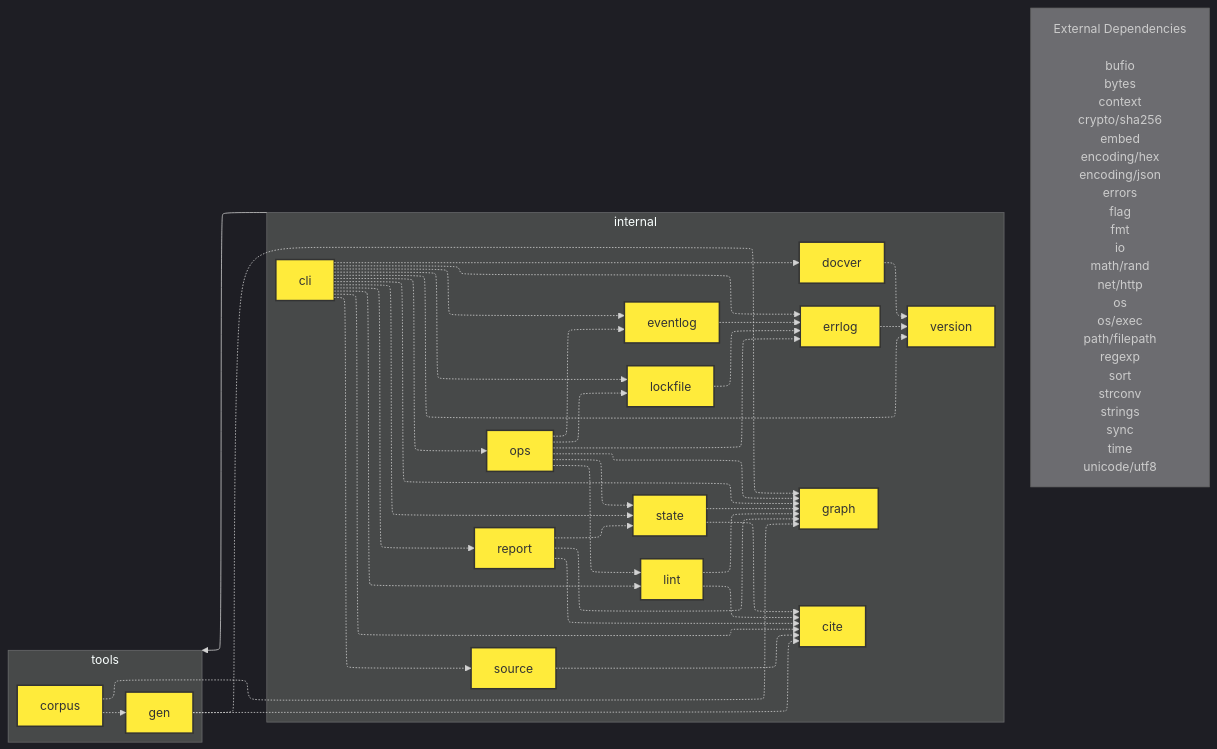
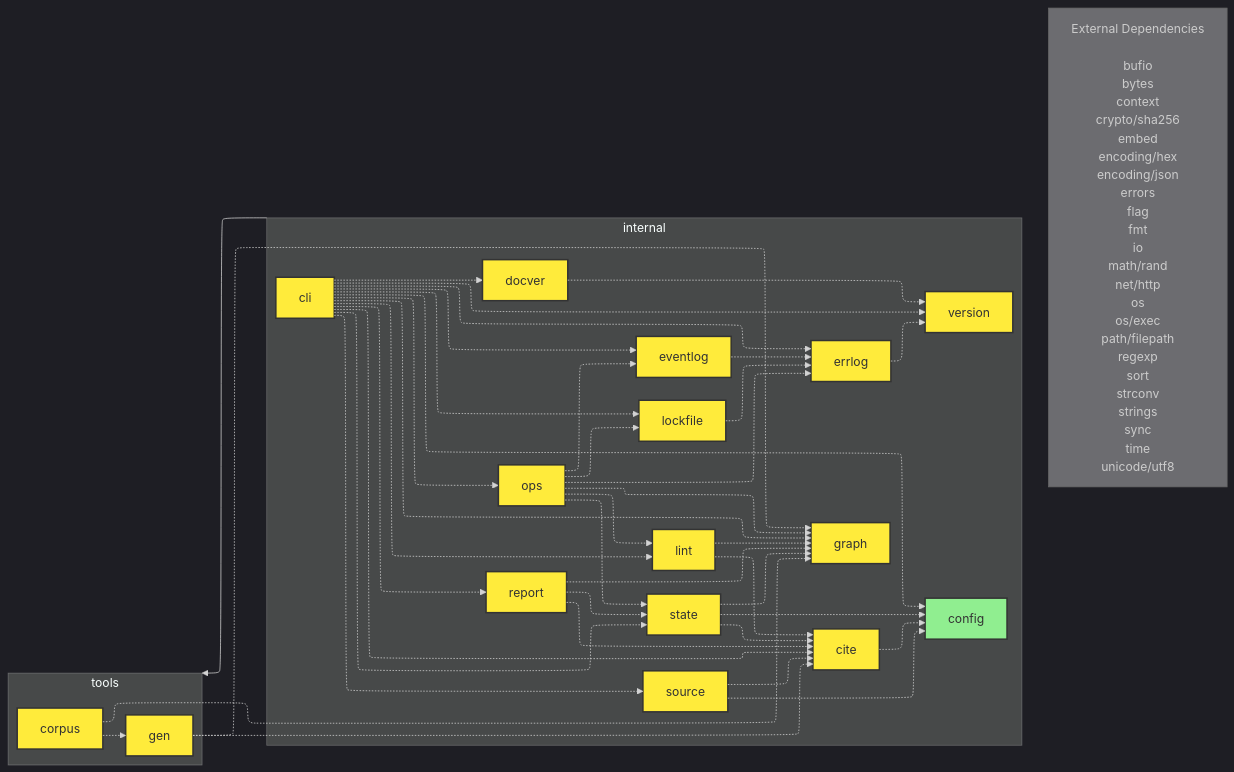
The diagram in internal/CODE_DIAGRAM.md (Reithan/teach-me), drawn with Mermaid before and after one commit. The commit also changed 26 other files, not shown here.

```diff
--- a/internal/CODE_DIAGRAM.md
+++ b/internal/CODE_DIAGRAM.md
@@ -25,6 +25,7 @@
     subgraph __3a52ce78["internal"]
         cite_f7064cd7["cite"]:::has_deps
         cli_2bd8e9c9["cli"]:::has_deps
+        config_1c2d3e4f["config"]:::no_deps
         docver_6eba3a90["docver"]:::has_deps
         errlog_a6fd2db4["errlog"]:::has_deps
         eventlog_f5caa859["eventlog"]:::has_deps
@@ -43,7 +44,9 @@
     end
 
     %% Import dependencies
+    cite_f7064cd7 -.-> config_1c2d3e4f
     cli_2bd8e9c9 -.-> cite_f7064cd7
+    cli_2bd8e9c9 -.-> config_1c2d3e4f
     cli_2bd8e9c9 -.-> docver_6eba3a90
     cli_2bd8e9c9 -.-> errlog_a6fd2db4
     cli_2bd8e9c9 -.-> eventlog_f5caa859
@@ -71,7 +74,9 @@
     report_a27297bd -.-> graph_29a184b6
     report_a27297bd -.-> state_aa4a5f81
     source_828d338a -.-> cite_f7064cd7
+    source_828d338a -.-> config_1c2d3e4f
     state_aa4a5f81 -.-> cite_f7064cd7
+    state_aa4a5f81 -.-> config_1c2d3e4f
     state_aa4a5f81 -.-> graph_29a184b6
     tools_corpus_0198e50f -.-> graph_29a184b6
     tools_corpus_0198e50f -.-> tools_gen_568ea8cb
```
